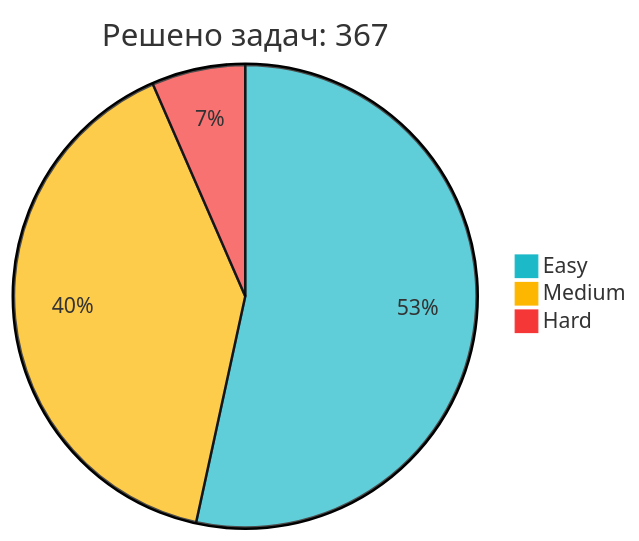
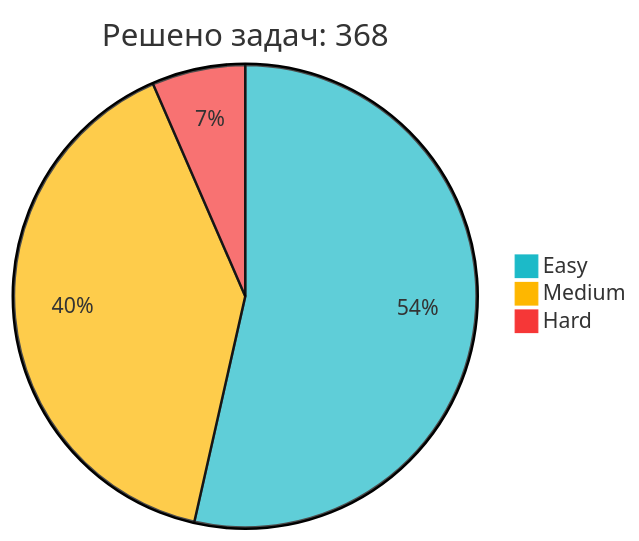
Before and after one commit to IliaKurdukov/IliaKurdukov: the diagram in README.md, drawn with Mermaid. The commit also changed other lines of this file, not shown here.

Commit message:
📈 Обновление статистики LeetCode

````diff
--- a/README.md
+++ b/README.md
@@ -51,7 +51,7 @@
 ```mermaid
 %%{init: {'theme': 'base', 'themeVariables': { 'pie1': '#1CBAC8', 'pie2': '#FEB700', 'pie3': '#F63737' }, 'config': {'width': 300, 'height': 200}}}%%
-pie title Решено задач: 367
-   "Easy" : 196
+pie title Решено задач: 368
+   "Easy" : 197
    "Medium" : 147
    "Hard" : 24
 ```
````
